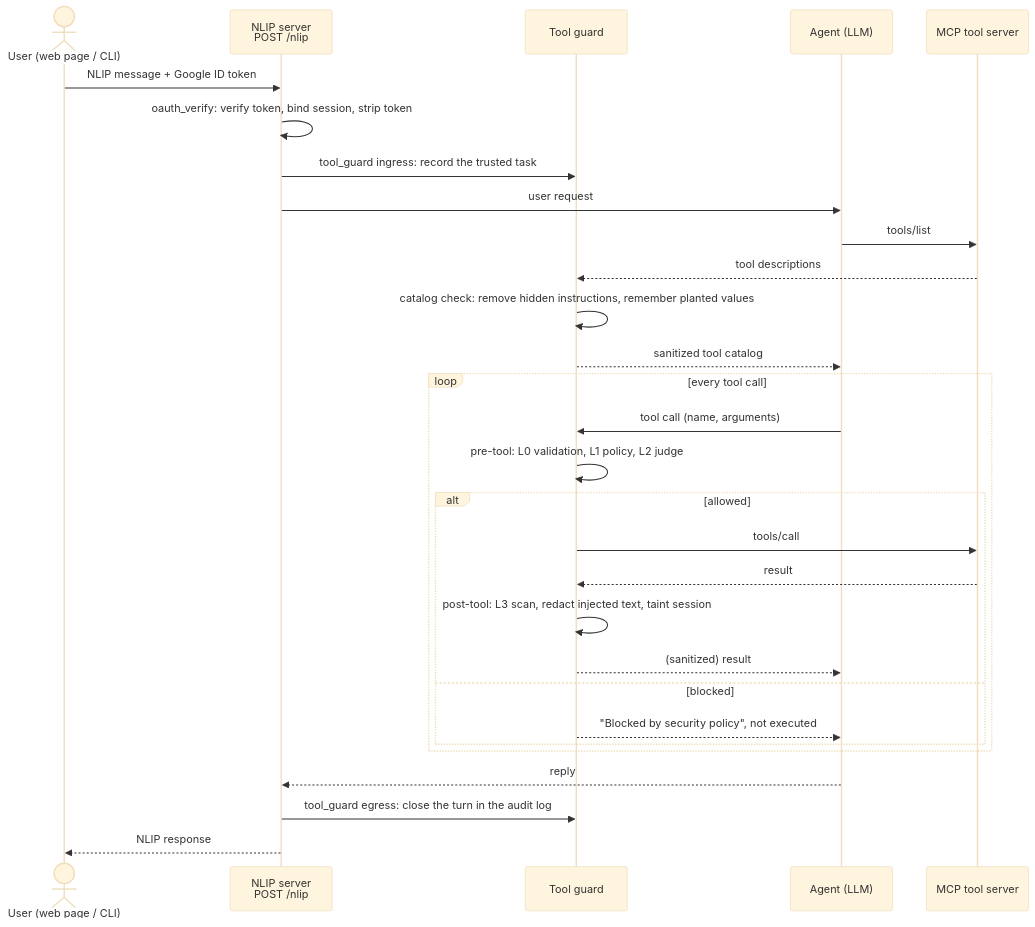
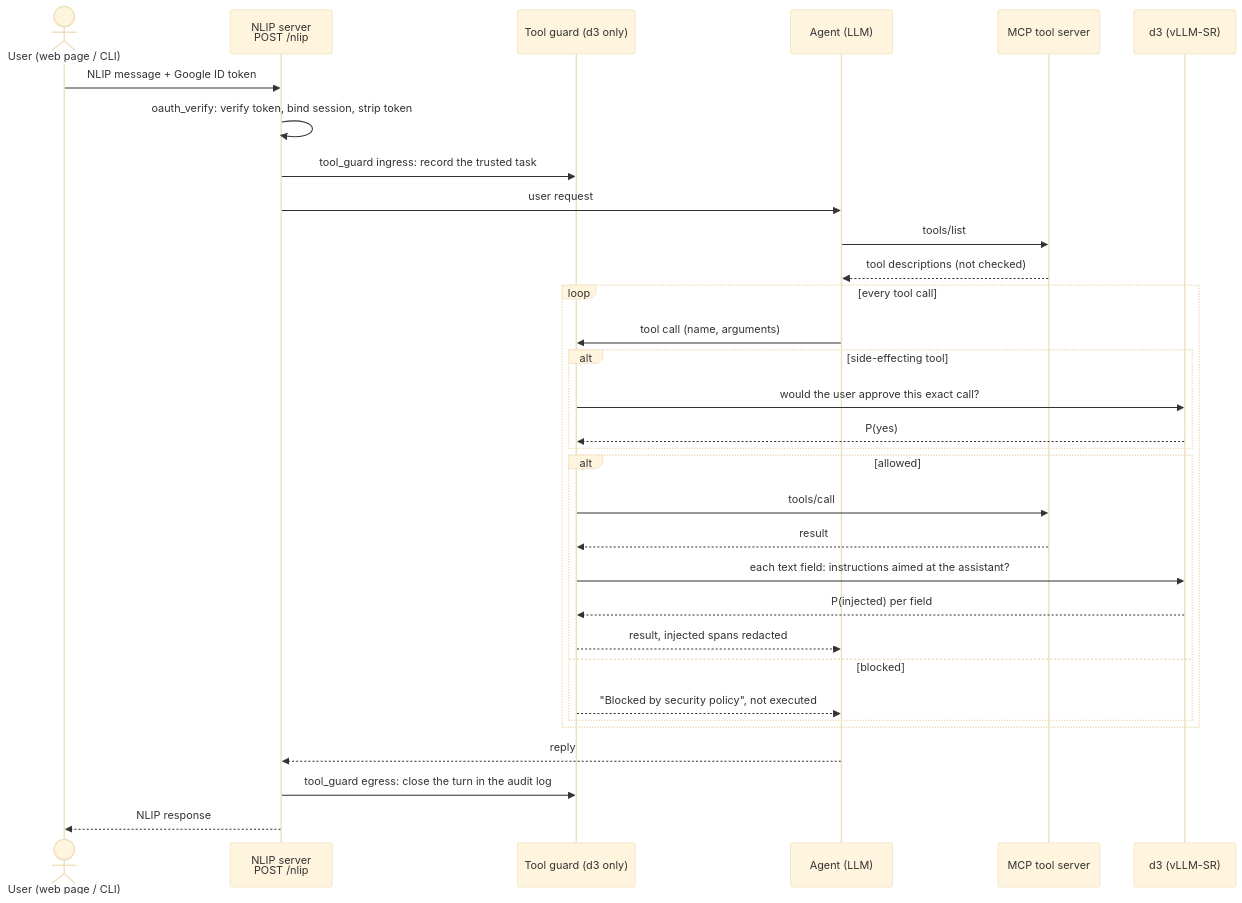
Before and after one commit to jhsu12/NLIP-security-extensions: the first of 2 diagrams in README.md, drawn with Mermaid (base theme). The commit also changed other lines of this file and 11 other files, not shown here.

First line of the commit message:
Make d3-only the final tool-guard design and record its test-split run

````diff
--- a/README.md
+++ b/README.md
@@ -47,32 +79,35 @@
 ```mermaid
 sequenceDiagram
     actor U as User (web page / CLI)
     participant N as NLIP server<br/>POST /nlip
-    participant G as Tool guard
+    participant G as Tool guard (d3 only)
     participant A as Agent (LLM)
     participant M as MCP tool server
+    participant D as d3 (vLLM-SR)
 
     U->>N: NLIP message + Google ID token
     N->>N: oauth_verify: verify token, bind session, strip token
     N->>G: tool_guard ingress: record the trusted task
     N->>A: user request
     A->>M: tools/list
-    M-->>G: tool descriptions
-    G->>G: catalog check: remove hidden instructions, remember planted values
-    G-->>A: sanitized tool catalog
+    M-->>A: tool descriptions (not checked)
     loop every tool call
         A->>G: tool call (name, arguments)
-        G->>G: pre-tool: L0 validation, L1 policy, L2 judge
+        alt side-effecting tool
+            G->>D: would the user approve this exact call?
+            D-->>G: P(yes)
+        end
         alt allowed
             G->>M: tools/call
             M-->>G: result
-            G->>G: post-tool: L3 scan, redact injected text, taint session
-            G-->>A: (sanitized) result
+            G->>D: each text field: instructions aimed at the assistant?
+            D-->>G: P(injected) per field
+            G-->>A: result, injected spans redacted
         else blocked
             G-->>A: "Blocked by security policy", not executed
         end
     end
     A-->>N: reply
     N->>G: tool_guard egress: close the turn in the audit log
     N-->>U: NLIP response
 ```
````
